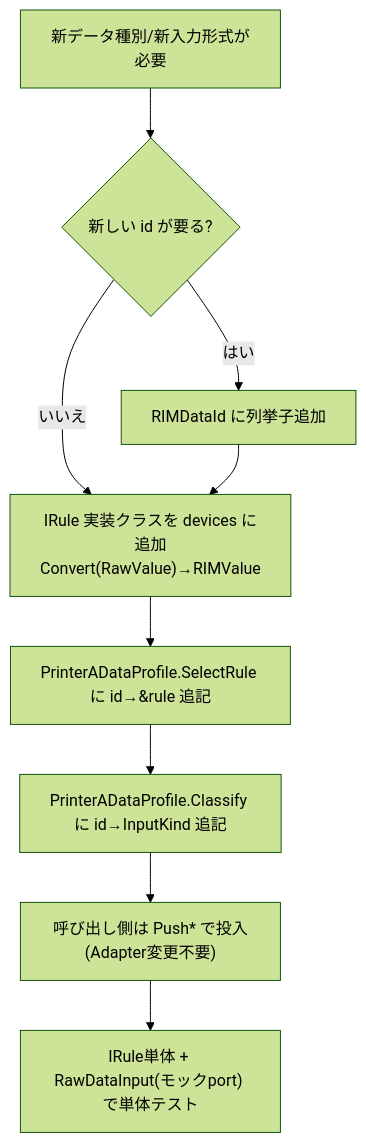
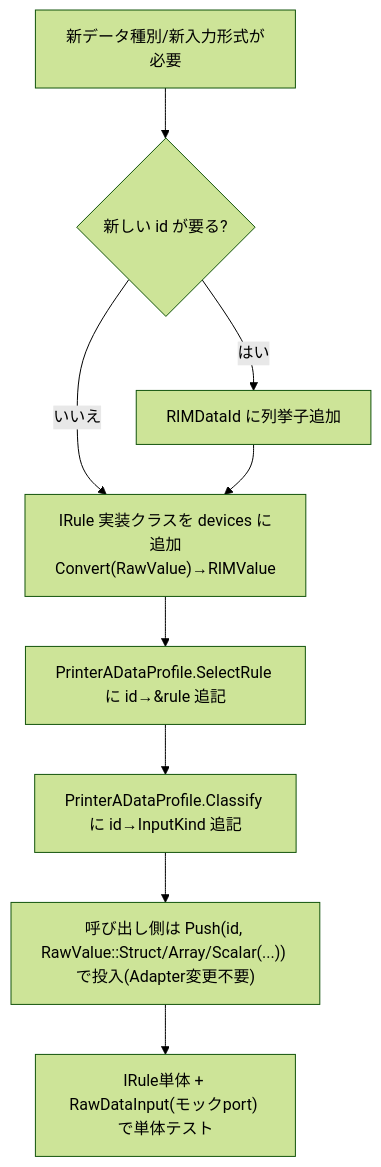
Before and after one commit to ceedling-vxworks-test-generator/printer-fw: the fourth of 5 diagrams in docs/adapter/04_シーケンス図.md, drawn with Mermaid (forest theme). The commit also changed other lines of this file and 6 other files, not shown here.

First line of the commit message:
Consolidate RawDataInput's external Push API into a single Push(id, RawValue, ctx)

````diff
--- a/docs/adapter/04_シーケンス図.md
+++ b/docs/adapter/04_シーケンス図.md
@@ -74,11 +71,11 @@
 ```mermaid
 flowchart TD
     A["新データ種別/新入力形式が必要"] --> B{"新しい id が要る?"}
     B -- はい --> C["RIMDataId に列挙子追加"]
     B -- いいえ --> D
     C --> D["IRule 実装クラスを devices に追加<br/>Convert(RawValue)→RIMValue"]
     D --> E["PrinterADataProfile.SelectRule に id→&rule 追記"]
     E --> F["PrinterADataProfile.Classify に id→InputKind 追記"]
-    F --> G["呼び出し側は Push* で投入(Adapter変更不要)"]
+    F --> G["呼び出し側は Push(id, RawValue::Struct/Array/Scalar(...)) で投入(Adapter変更不要)"]
     G --> H["IRule単体 + RawDataInput(モックport) で単体テスト"]
 ```
````
